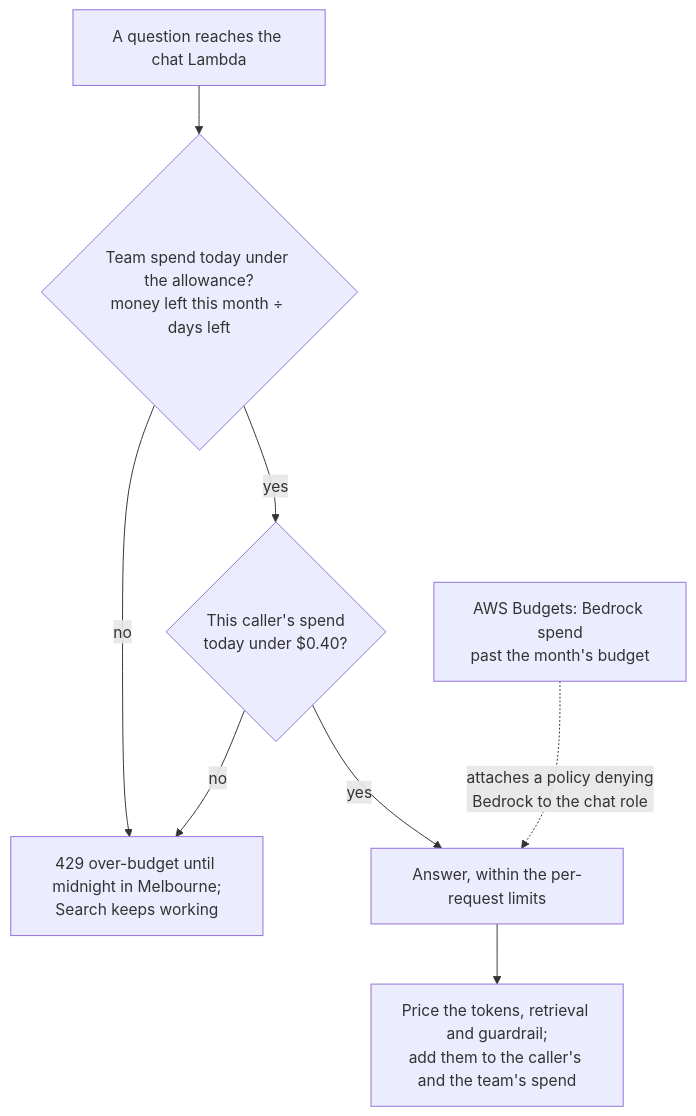
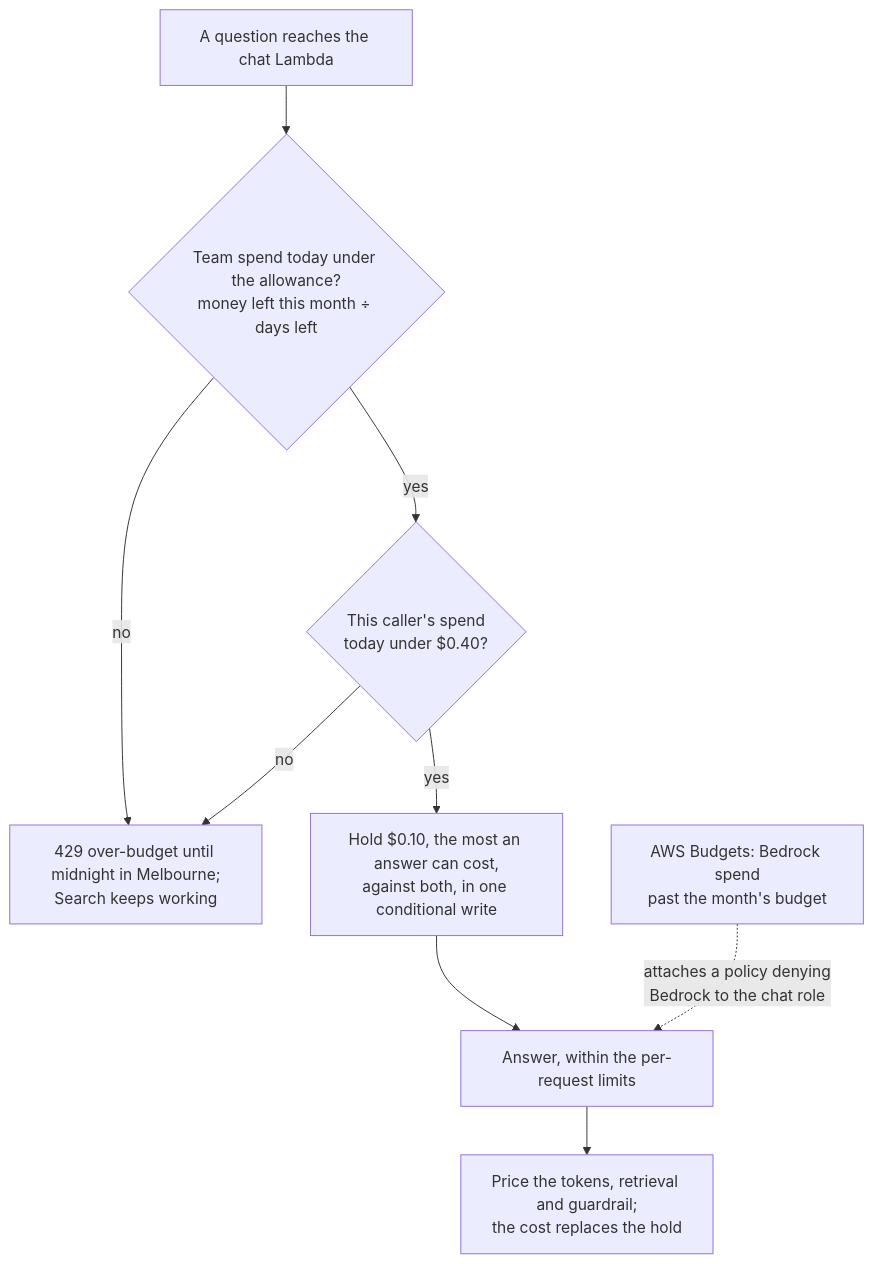
One commit to umccr/orcasonar changed the fifth of 7 diagrams in docs/design.md. Above: the diagram before and after it, drawn with Mermaid. The commit also changed other lines of this file and 29 other files, not shown here.

````diff
--- a/docs/design.md
+++ b/docs/design.md
@@ -301,10 +305,11 @@
 ```mermaid
 flowchart TD
     question["A question reaches the chat Lambda"] --> team{"Team spend today under the allowance?<br/>money left this month ÷ days left"}
     team -- no --> over["429 over-budget until midnight in Melbourne;<br/>Search keeps working"]
     team -- yes --> caller{"This caller's spend<br/>today under $0.40?"}
     caller -- no --> over
-    caller -- yes --> answer["Answer, within the per-request limits"]
-    answer --> price["Price the tokens, retrieval and guardrail;<br/>add them to the caller's and the team's spend"]
+    caller -- yes --> hold["Hold $0.10, the most an answer can cost,<br/>against both, in one conditional write"]
+    hold --> answer["Answer, within the per-request limits"]
+    answer --> price["Price the tokens, retrieval and guardrail;<br/>the cost replaces the hold"]
     backstop["AWS Budgets: Bedrock spend<br/>past the month's budget"] -. "attaches a policy denying<br/>Bedrock to the chat role" .-> answer
 ```
````
